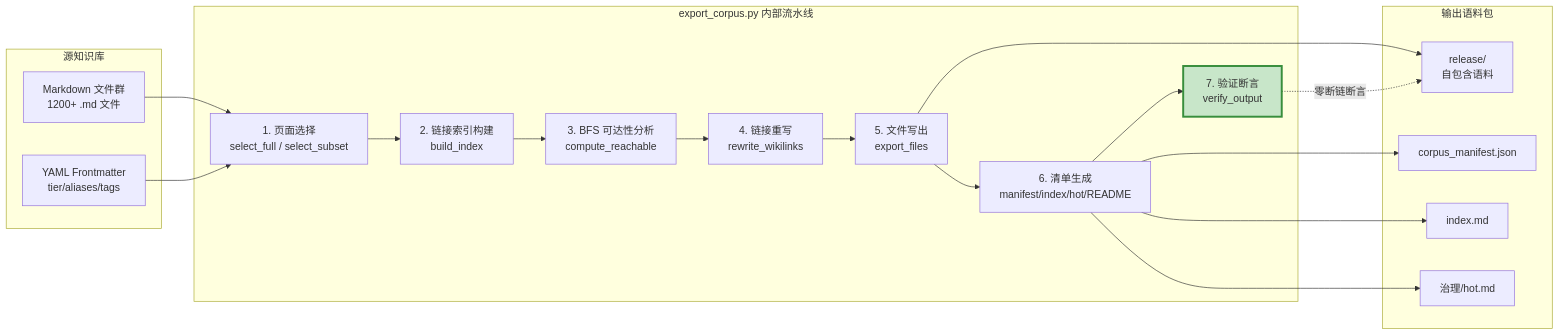
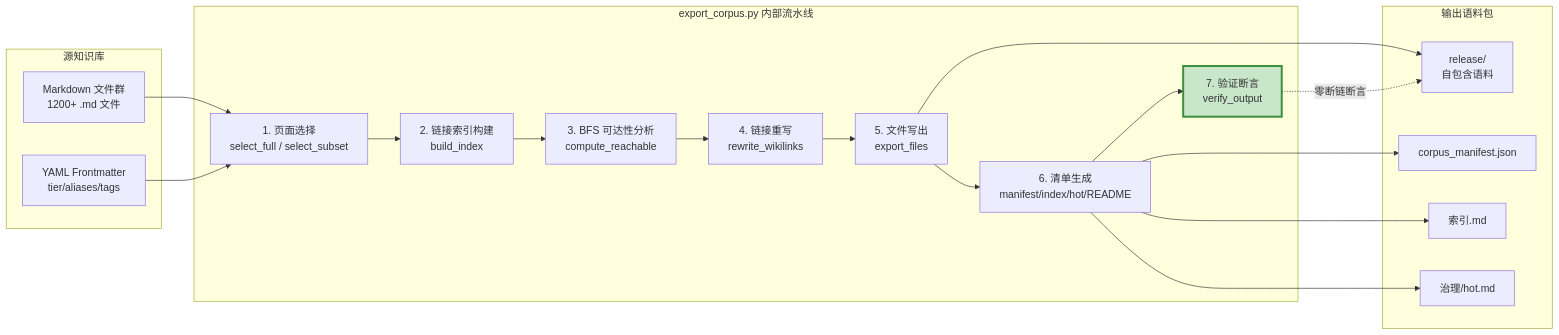
One commit to CloudManHQ/CloudMaster changed the second of 3 diagrams in 工具/README.md. Above: the diagram before and after it, drawn with Mermaid. The commit also changed 4518 other files, not shown here.

````diff
--- a/工具/README.md
+++ b/工具/README.md
@@ -138,35 +138,35 @@
 ```mermaid
 flowchart LR
     subgraph 源知识库
         MD[Markdown 文件群<br/>1200+ .md 文件]
         FM[YAML Frontmatter<br/>tier/aliases/tags]
     end
 
     subgraph export_corpus.py 内部流水线
         S1[1. 页面选择<br/>select_full / select_subset]
         S2[2. 链接索引构建<br/>build_index]
         S3[3. BFS 可达性分析<br/>compute_reachable]
         S4[4. 链接重写<br/>rewrite_wikilinks]
         S5[5. 文件写出<br/>export_files]
         S6[6. 清单生成<br/>manifest/index/hot/README]
         S7[7. 验证断言<br/>verify_output]
     end
 
     subgraph 输出语料包
         OUT[release/<br/>自包含语料]
         MF[corpus_manifest.json]
-        IDX[index.md]
+        IDX[索引.md]
         HOT[治理/hot.md]
     end
 
     MD --> S1
     FM --> S1
     S1 --> S2 --> S3 --> S4 --> S5 --> S6 --> S7
     S5 --> OUT
     S6 --> MF
     S6 --> IDX
     S6 --> HOT
     S7 -.零断链断言.-> OUT
 
     style S7 fill:#c8e6c9,stroke:#388e3c,stroke-width:3px
 ```
````
